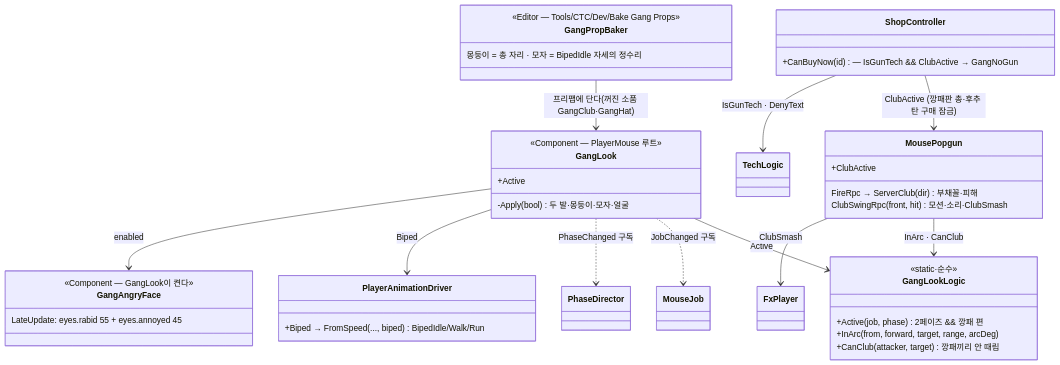
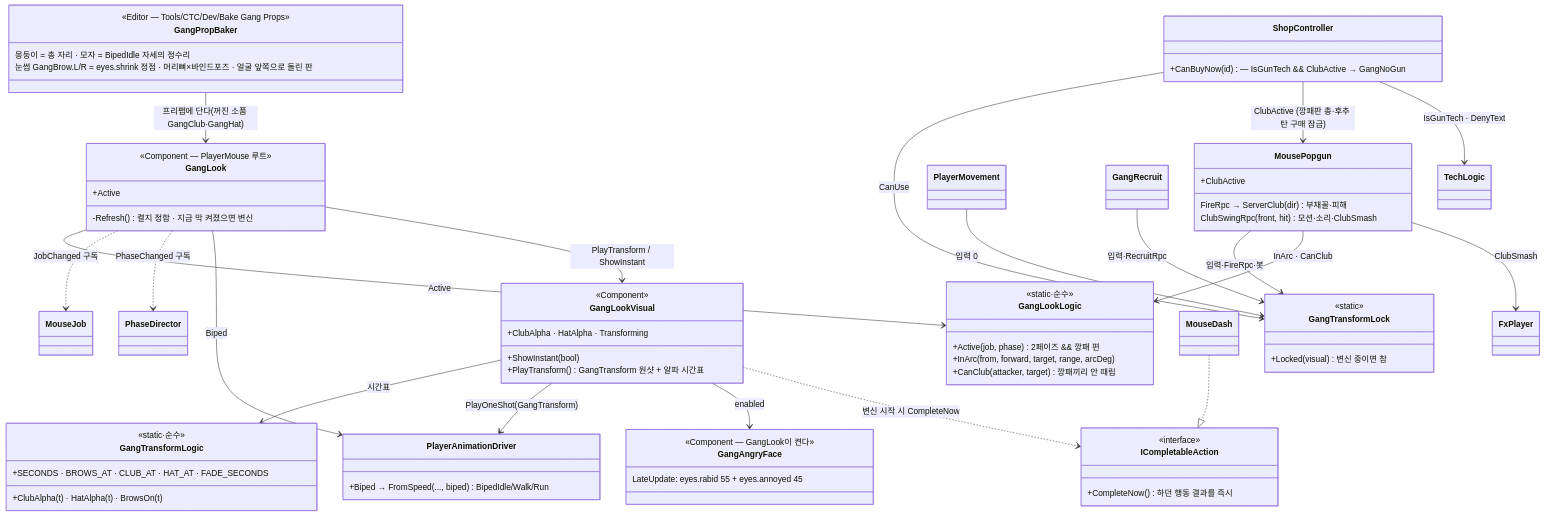
Diagram 59 of 60 in CTC/docs/design-vault/코드 다이어그램.md (JeahanPark/The-Cheese-Thief-and-the-Cat), drawn with Mermaid before and after one commit. The commit also changed other lines of this file and 44 other files, not shown here.

````diff
--- a/CTC/docs/design-vault/코드 다이어그램.md
+++ b/CTC/docs/design-vault/코드 다이어그램.md
@@ -3474,43 +3474,72 @@
 ```mermaid
 classDiagram
   class GangLookLogic {
     <<static·순수>>
     +Active(job, phase) 2페이즈 && 깡패 편
     +InArc(from, forward, target, range, arcDeg)
     +CanClub(attacker, target) 깡패끼리 안 때림
   }
   class GangLook {
     <<Component — PlayerMouse 루트>>
     +Active
-    -Apply(bool) 두 발·몽둥이·모자·얼굴
+    -Refresh() 켤지 정함 · 지금 막 켜졌으면 변신
+  }
+  class GangLookVisual {
+    <<Component>>
+    +ShowInstant(bool)
+    +PlayTransform() GangTransform 원샷 + 알파 시간표
+    +ClubAlpha · HatAlpha · Transforming
+  }
+  class GangTransformLogic {
+    <<static·순수>>
+    +SECONDS · BROWS_AT · CLUB_AT · HAT_AT · FADE_SECONDS
+    +ClubAlpha(t) · HatAlpha(t) · BrowsOn(t)
   }
   class GangAngryFace {
     <<Component — GangLook이 켠다>>
     LateUpdate: eyes.rabid 55 + eyes.annoyed 45
   }
   class PlayerAnimationDriver {
     +Biped → FromSpeed(..., biped) BipedIdle/Walk/Run
   }
   class MousePopgun {
     +ClubActive
     FireRpc → ServerClub(dir) 부채꼴·피해
     ClubSwingRpc(front, hit) 모션·소리·ClubSmash
   }
   class GangPropBaker {
     <<Editor — Tools/CTC/Dev/Bake Gang Props>>
     몽둥이 = 총 자리 · 모자 = BipedIdle 자세의 정수리
+    눈썹 GangBrow.L/R = eyes.shrink 정점 · 머리뼈×바인드포즈 · 얼굴 앞쪽으로 돌린 판
   }
   GangLook --> GangLookLogic : Active
   GangLook ..> MouseJob : JobChanged 구독
   GangLook ..> PhaseDirector : PhaseChanged 구독
   GangLook --> PlayerAnimationDriver : Biped
-  GangLook --> GangAngryFace : enabled
+  GangLook --> GangLookVisual : PlayTransform / ShowInstant
+  GangLookVisual --> GangTransformLogic : 시간표
+  GangLookVisual --> PlayerAnimationDriver : PlayOneShot(GangTransform)
+  GangLookVisual --> GangAngryFace : enabled
+  class GangTransformLock {
+    <<static>>
+    +Locked(visual) 변신 중이면 참
+  }
+  class ICompletableAction {
+    <<interface>>
+    +CompleteNow() 하던 행동 결과를 즉시
+  }
+  GangLookVisual ..> ICompletableAction : 변신 시작 시 CompleteNow
+  MouseDash ..|> ICompletableAction
+  PlayerMovement --> GangTransformLock : 입력 0
+  MousePopgun --> GangTransformLock : 입력·FireRpc·봇
+  ShopController --> GangTransformLock : CanUse
+  GangRecruit --> GangTransformLock : 입력·RecruitRpc
   MousePopgun --> GangLookLogic : InArc · CanClub
   MousePopgun --> FxPlayer : ClubSmash
   GangPropBaker --> GangLook : 프리팹에 단다(꺼진 소품 GangClub·GangHat)
   class ShopController {
     +CanBuyNow(id) — IsGunTech && ClubActive → GangNoGun
   }
   ShopController --> MousePopgun : ClubActive (깡패판 총·후추 탄 구매 잠금)
   ShopController --> TechLogic : IsGunTech · DenyText
 ```
````
